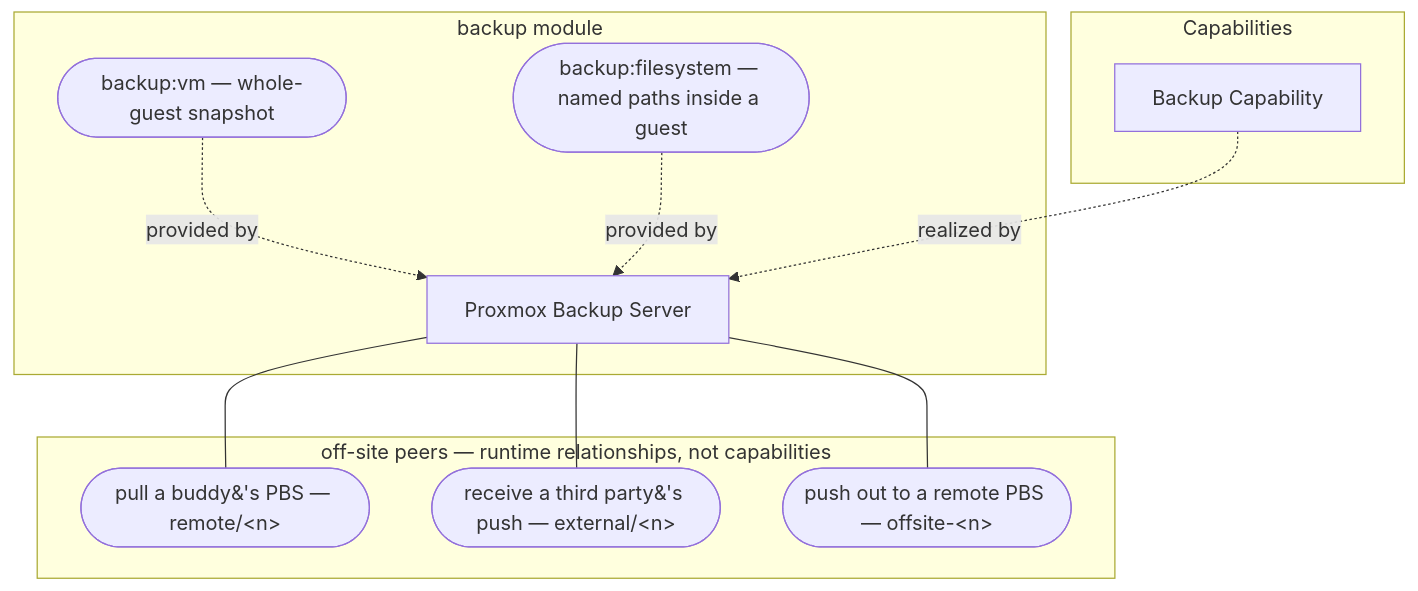
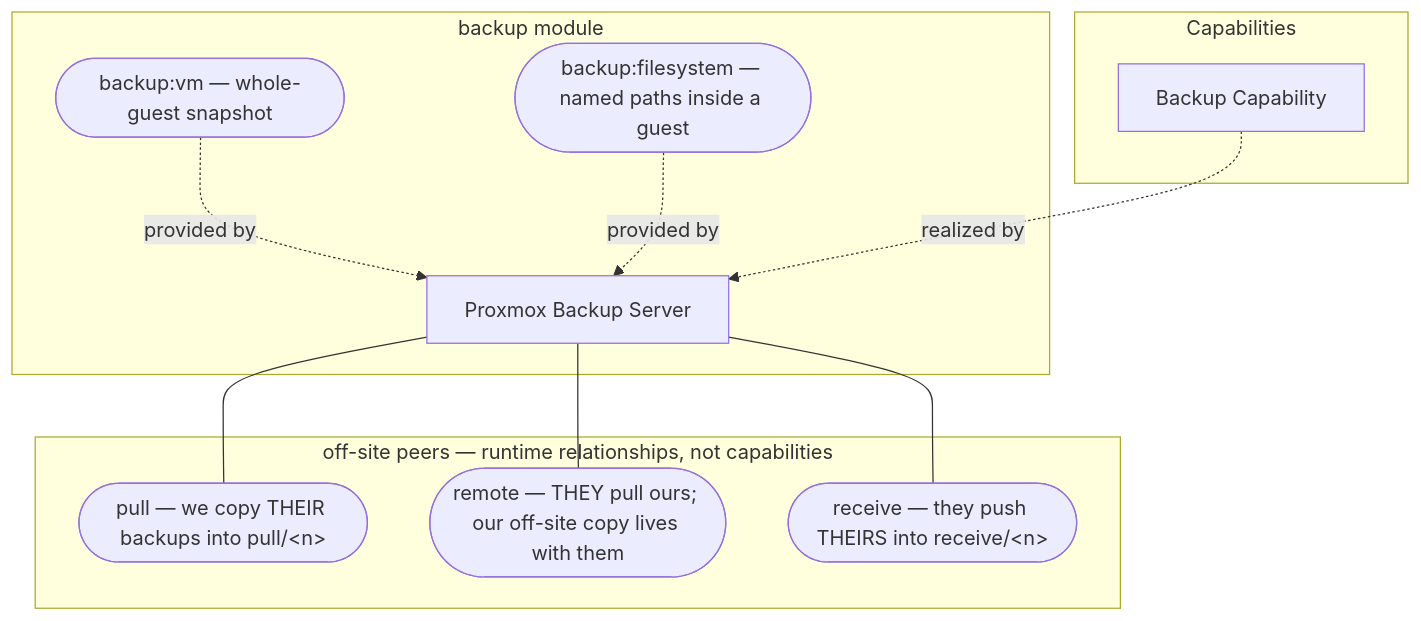
The diagram in src/foundation/backup/README.md (TAPPaaS/TAPPaaS), drawn with Mermaid before and after one commit. The commit also changed other lines of this file and 38 other files, not shown here.

````diff
--- a/src/foundation/backup/README.md
+++ b/src/foundation/backup/README.md
@@ -35,25 +35,25 @@
 ```mermaid
 flowchart TB
     subgraph Capabilities
         BackupCap[Backup Capability]
     end
 
     subgraph BackupModule["backup module"]
         PBS[Proxmox Backup Server]
         VMService(["backup:vm — whole-guest snapshot"])
         FSService(["backup:filesystem — named paths inside a guest"])
         VMService -.->|provided by| PBS
         FSService -.->|provided by| PBS
     end
 
     subgraph Peers["off-site peers — runtime relationships, not capabilities"]
-        Pull(["pull a buddy&#39;s PBS — remote/&lt;n&gt;"])
-        Receive(["receive a third party&#39;s push — external/&lt;n&gt;"])
-        Send(["push out to a remote PBS — offsite-&lt;n&gt;"])
+        Pull(["pull — we copy THEIR backups into pull/&lt;n&gt;"])
+        Remote(["remote — THEY pull ours; our off-site copy lives with them"])
+        Receive(["receive — they push THEIRS into receive/&lt;n&gt;"])
     end
 
     BackupCap -.->|realized by| PBS
     PBS --- Pull
+    PBS --- Remote
     PBS --- Receive
-    PBS --- Send
 ```
````
